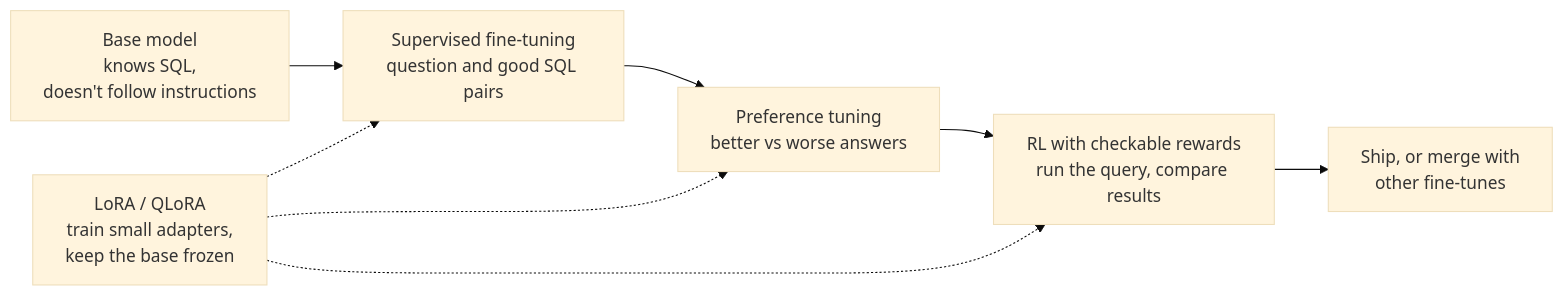
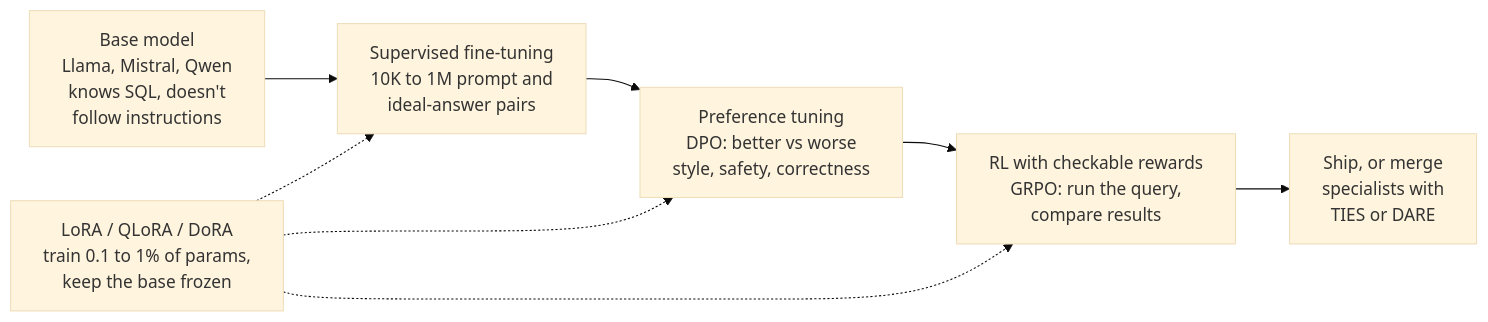
One commit to gopikrishtummala/gopikrishtummala.github.io changed the first of 6 diagrams in src/data/blog/mlops/modern-post-training-peft-2026.md. Above: the diagram before and after it, drawn with Mermaid (base theme). The commit also changed other lines of this file and 15 other files, not shown here.

First line of the commit message:
Restore every diagram removed in the style.md cleanup

````diff
--- a/src/data/blog/mlops/modern-post-training-peft-2026.md
+++ b/src/data/blog/mlops/modern-post-training-peft-2026.md
@@ -40,10 +40,10 @@
 ```mermaid
 flowchart LR
-  B["Base model<br/>knows SQL,<br/>doesn't follow instructions"] --> S["Supervised fine-tuning<br/>question and good SQL pairs"]
-  S --> P["Preference tuning<br/>better vs worse answers"]
-  P --> R["RL with checkable rewards<br/>run the query, compare results"]
-  R --> M["Ship, or merge with<br/>other fine-tunes"]
-  L["LoRA / QLoRA<br/>train small adapters,<br/>keep the base frozen"] -.-> S
+  B["Base model<br/>Llama, Mistral, Qwen<br/>knows SQL, doesn't<br/>follow instructions"] --> S["Supervised fine-tuning<br/>10K to 1M prompt and<br/>ideal-answer pairs"]
+  S --> P["Preference tuning<br/>DPO: better vs worse<br/>style, safety, correctness"]
+  P --> R["RL with checkable rewards<br/>GRPO: run the query,<br/>compare results"]
+  R --> M["Ship, or merge<br/>specialists with<br/>TIES or DARE"]
+  L["LoRA / QLoRA / DoRA<br/>train 0.1 to 1% of params,<br/>keep the base frozen"] -.-> S
   L -.-> P
   L -.-> R
 ```
````
